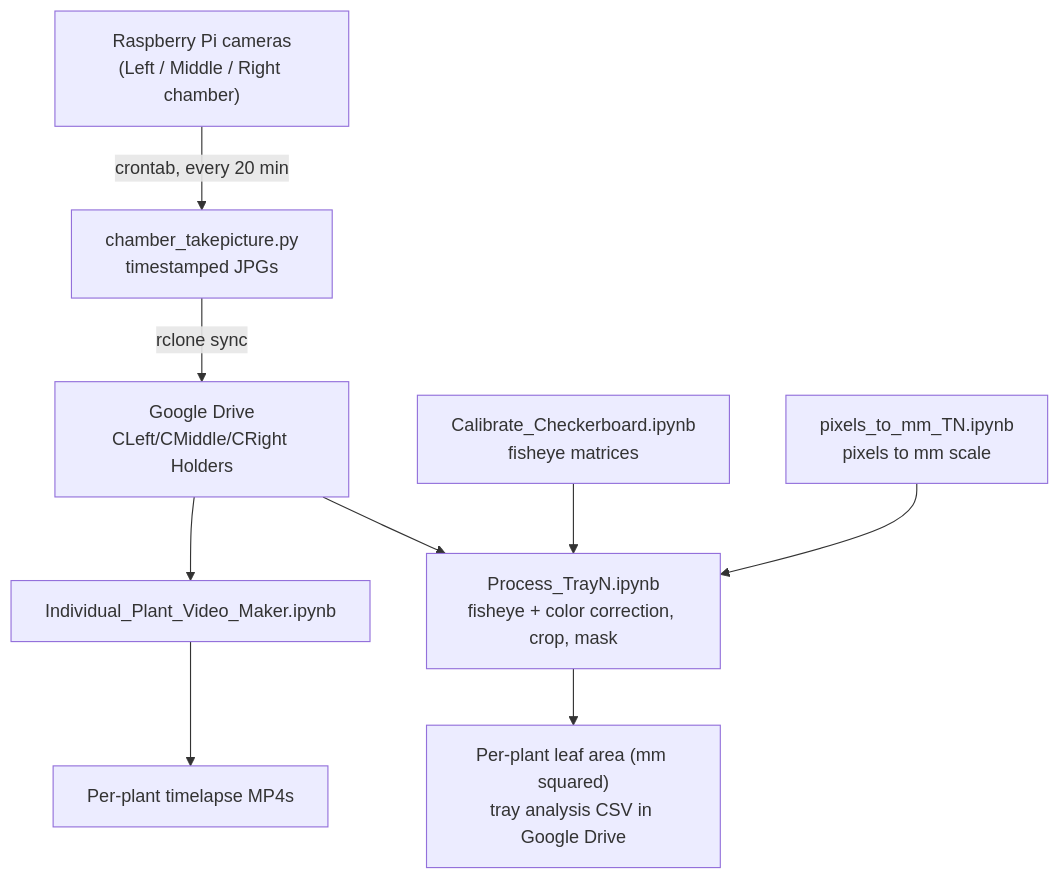
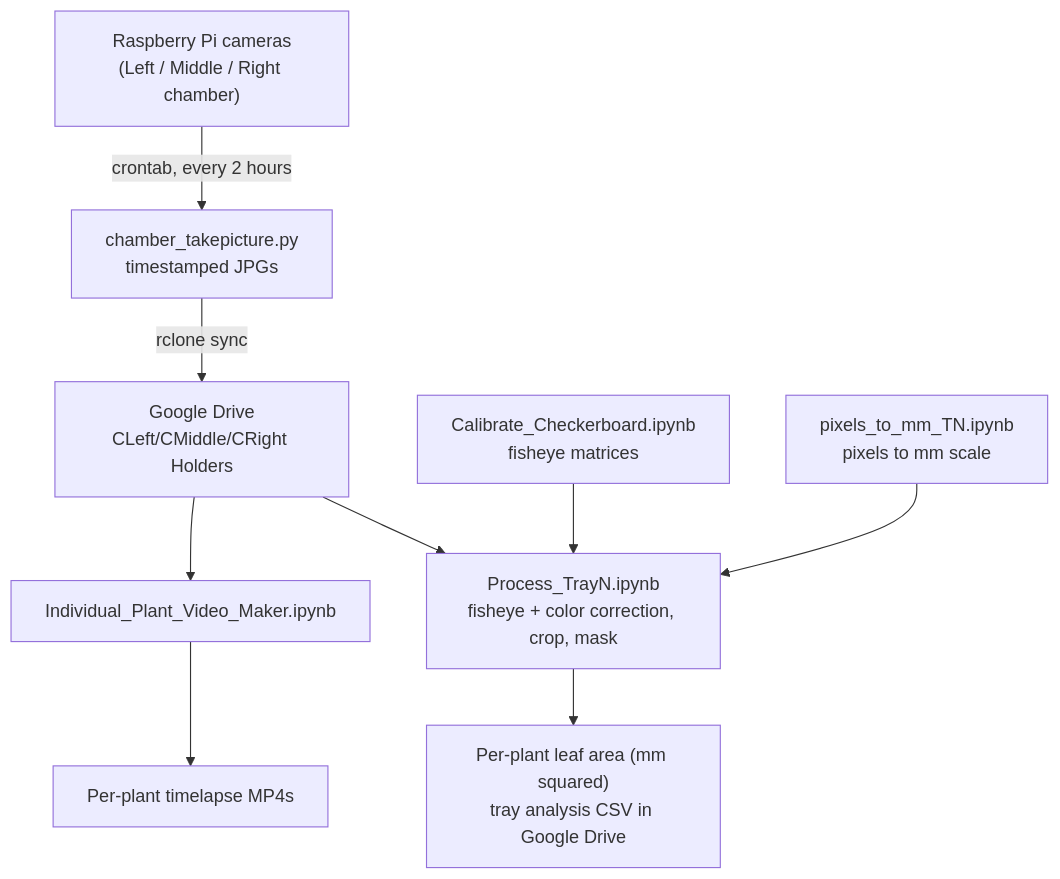
Before and after one commit to kyle1686/eckerlabproj: the diagram in README.md, drawn with Mermaid. The commit also changed other lines of this file, not shown here.

Commit message:
README: correct capture cadence to every 2 hours during light period

````diff
--- a/README.md
+++ b/README.md
@@ -11,11 +11,11 @@
 ```mermaid
 flowchart TD
-    A["Raspberry Pi cameras<br/>(Left / Middle / Right chamber)"] -->|crontab, every 20 min| B["chamber_takepicture.py<br/>timestamped JPGs"]
+    A["Raspberry Pi cameras<br/>(Left / Middle / Right chamber)"] -->|crontab, every 2 hours| B["chamber_takepicture.py<br/>timestamped JPGs"]
     B -->|rclone sync| C["Google Drive<br/>CLeft/CMiddle/CRight Holders"]
     C --> D["Process_TrayN.ipynb<br/>fisheye + color correction, crop, mask"]
     E["Calibrate_Checkerboard.ipynb<br/>fisheye matrices"] --> D
     F["pixels_to_mm_TN.ipynb<br/>pixels to mm scale"] --> D
     D --> G["Per-plant leaf area (mm squared)<br/>tray analysis CSV in Google Drive"]
     C --> H["Individual_Plant_Video_Maker.ipynb"]
     H --> I["Per-plant timelapse MP4s"]
 ```
````
